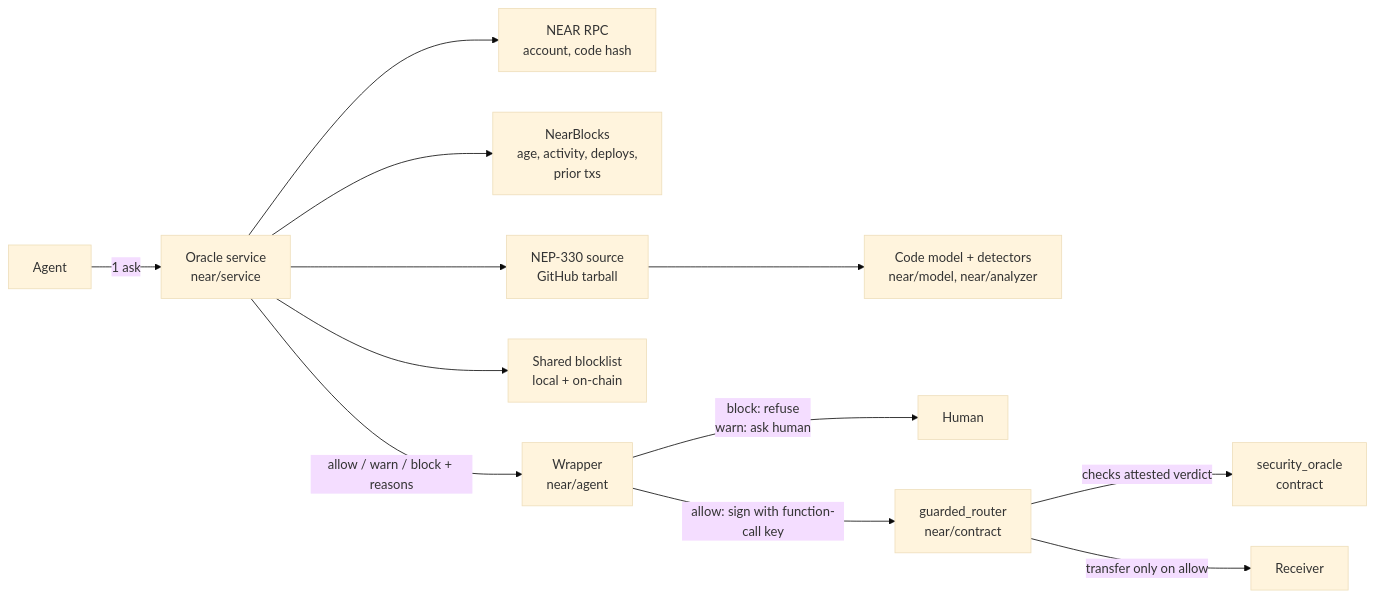
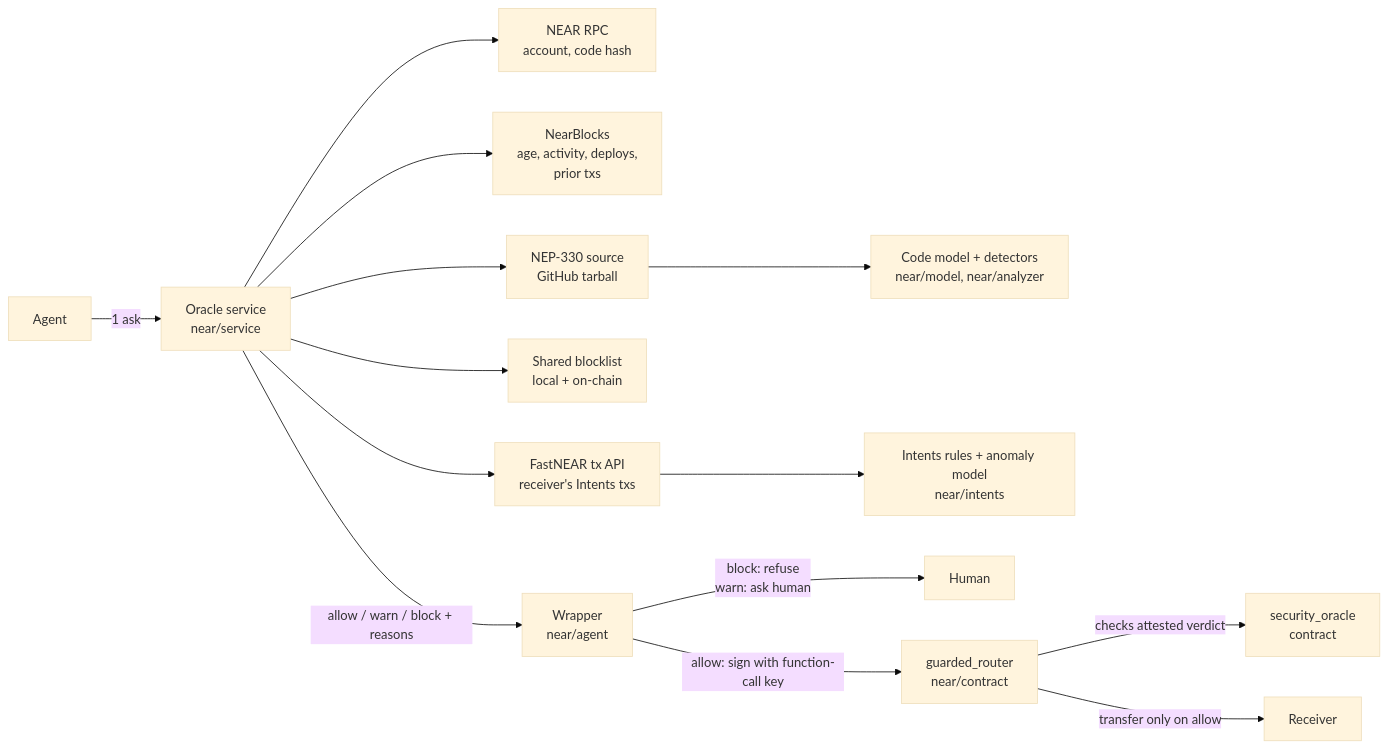
One commit to fuzious/Croft changed the diagram in near/README.md. Above: the diagram before and after it, drawn with Mermaid (base theme). The commit also changed other lines of this file and 70 other files, not shown here.

````diff
--- a/near/README.md
+++ b/near/README.md
@@ -23,14 +26,16 @@
 ```mermaid
 flowchart LR
     A[Agent] -->|1 ask| O[Oracle service<br/>near/service]
     O --> R[NEAR RPC<br/>account, code hash]
     O --> NB[NearBlocks<br/>age, activity, deploys,<br/>prior txs]
     O --> S[NEP-330 source<br/>GitHub tarball]
     S --> M[Code model + detectors<br/>near/model, near/analyzer]
     O --> BL[Shared blocklist<br/>local + on-chain]
+    O --> FN[FastNEAR tx API<br/>receiver's Intents txs]
+    FN --> IM[Intents rules + anomaly model<br/>near/intents]
     O -->|allow / warn / block + reasons| W[Wrapper<br/>near/agent]
     W -->|block: refuse<br/>warn: ask human| H[Human]
     W -->|allow: sign with function-call key| GR[guarded_router<br/>near/contract]
     GR -->|checks attested verdict| SO[security_oracle<br/>contract]
     GR -->|transfer only on allow| RCV[Receiver]
 ```
````
